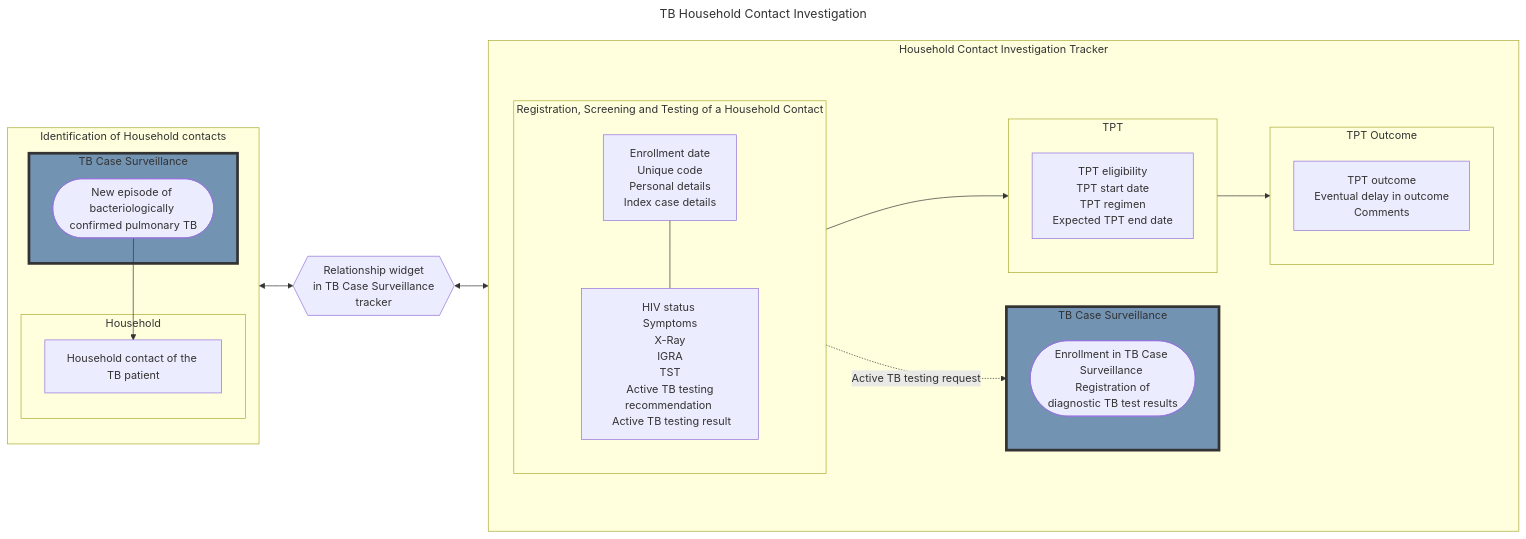
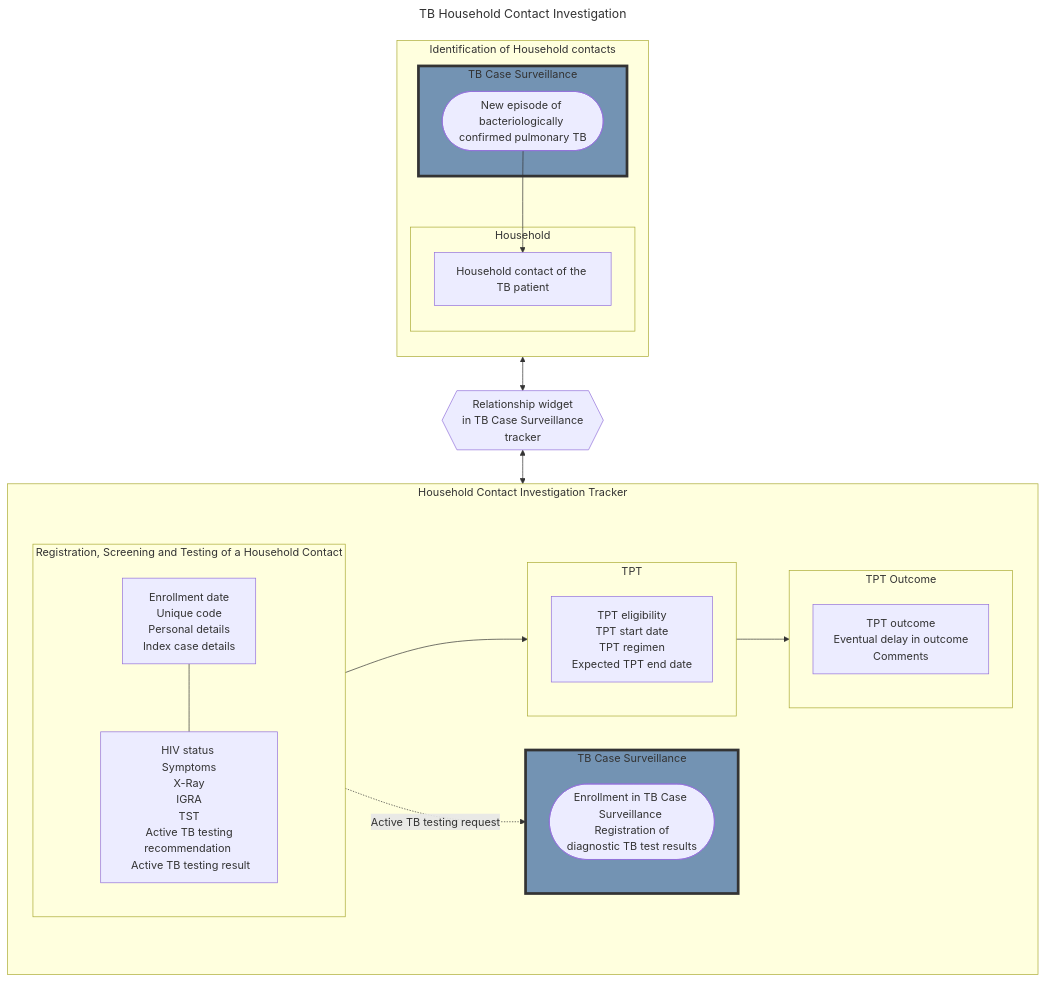
One commit to dhis2-metadata/TB_HH changed the first of 2 diagrams in docs/tb_hh-design.md. Above: the diagram before and after it, drawn with Mermaid. The commit also changed other lines of this file, not shown here.

````diff
--- a/docs/tb_hh-design.md
+++ b/docs/tb_hh-design.md
@@ -35,44 +35,44 @@
 ```mermaid
 ---
 title: TB Household Contact Investigation
 ---
 %%{init: {'mirrorActors': false } }%%
 
-flowchart LR
+flowchart TB
   subgraph A[Identification of Household contacts]
       direction TB
         subgraph AA[TB Case Surveillance]
         style AA fill:#7393B3,stroke:#333,stroke-width:4px
           id1([New episode of bacteriologically confirmed pulmonary TB])
         end
         subgraph AB[Household]
           id2[Household contact of the TB patient]
         end
         id1-->id2
   end
   id3{{Relationship widget <br> in TB Case Surveillance <br> tracker}}
   subgraph B[Household Contact Investigation Tracker]
       direction LR
         subgraph BA[Registration, Screening and Testing of a Household Contact]
             direction TB
               id4[Enrollment date <br> Unique code <br> Personal details <br> Index case details]
               id5[HIV status <br> Symptoms <br> X-Ray <br> IGRA <br> TST <br> Active TB testing recommendation <br> Active TB testing result]
               id4---id5
         end
         subgraph BB[TB Case Surveillance]
         style BB fill:#7393B3,stroke:#333,stroke-width:4px
           id9([Enrollment in TB Case Surveillance <br> Registration of diagnostic TB test results])
           
         end
         subgraph BC[TPT]
           id7[TPT eligibility <br> TPT start date <br> TPT regimen <br> Expected TPT end date]
         end
         BA --> BC -->BD
         BA -. Active TB testing request .-> BB
         subgraph BD[TPT Outcome]
           id8[TPT outcome <br> Eventual delay in outcome <br> Comments ]
         end
   end
   A <--> id3 <--> B
 
 ```
````
